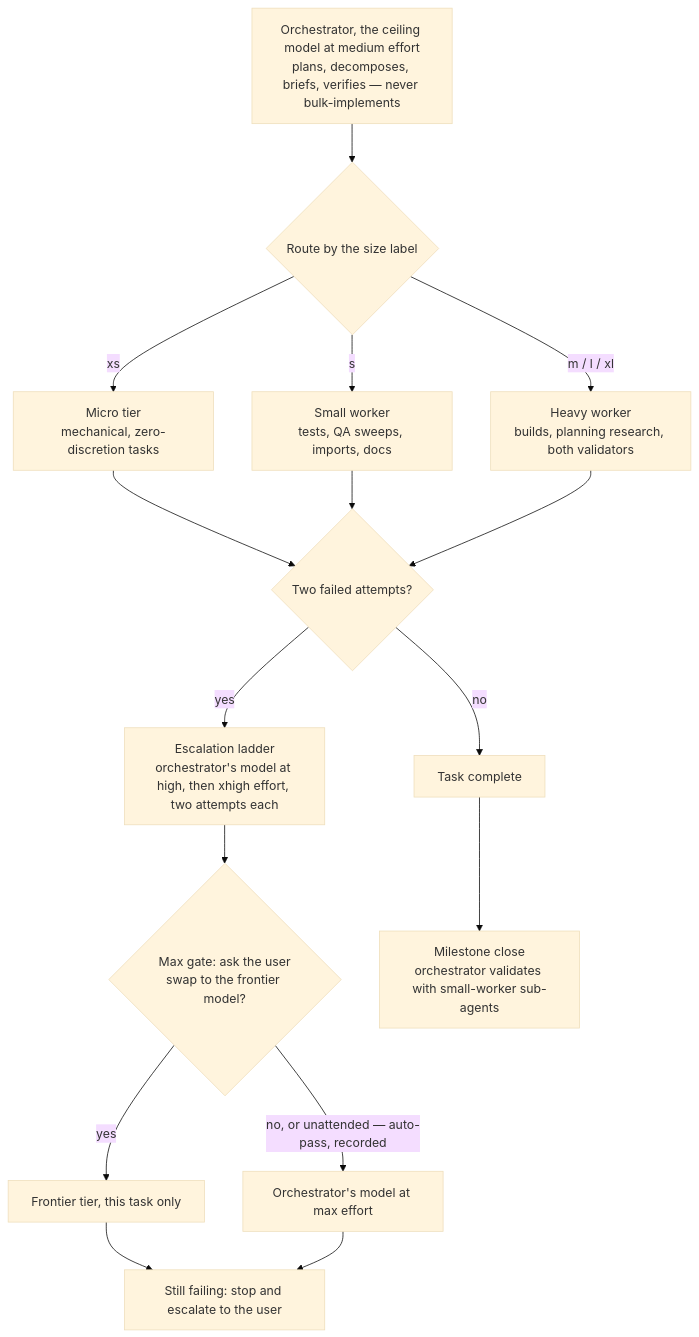
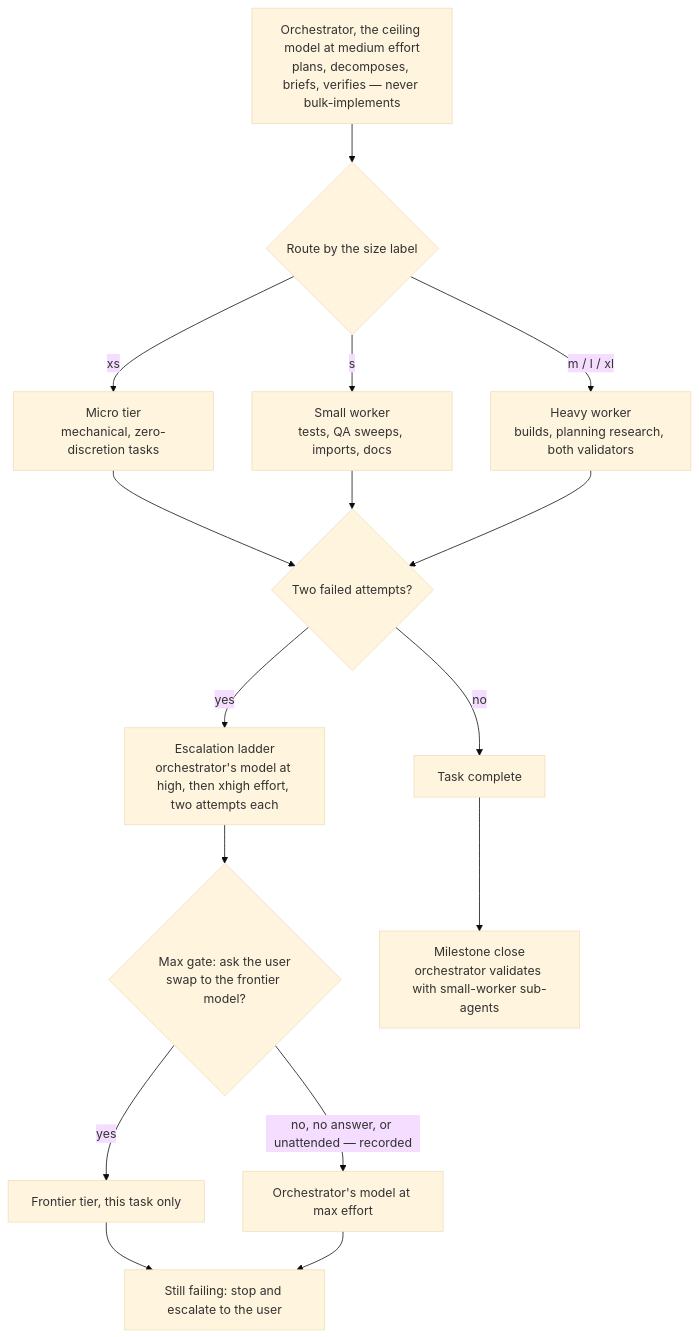
Before and after one commit to Zenosyne-Technologies/agent-operating-kit: the second of 3 diagrams in README.md, drawn with Mermaid (base theme). The commit also changed 8 other files, not shown here.

````diff
--- a/README.md
+++ b/README.md
@@ -138,18 +138,18 @@
 ```mermaid
 flowchart TD
     O["Orchestrator, the ceiling model at medium effort<br/>plans, decomposes, briefs, verifies — never bulk-implements"] --> R{"Route by the size label"}
     R -->|xs| MI["Micro tier<br/>mechanical, zero-discretion tasks"]
     R -->|s| SM["Small worker<br/>tests, QA sweeps, imports, docs"]
     R -->|m / l / xl| HV["Heavy worker<br/>builds, planning research, both validators"]
     MI --> X{"Two failed attempts?"}
     SM --> X
     HV --> X
     X -->|yes| EH["Escalation ladder<br/>orchestrator's model at high, then xhigh effort, two attempts each"]
     X -->|no| DN["Task complete"]
     EH --> MG{"Max gate: ask the user<br/>swap to the frontier model?"}
     MG -->|yes| EF["Frontier tier, this task only"]
-    MG -->|no, or unattended — auto-pass, recorded| EM["Orchestrator's model at max effort"]
+    MG -->|no, no answer, or unattended — recorded| EM["Orchestrator's model at max effort"]
     EF --> ST["Still failing: stop and escalate to the user"]
     EM --> ST
     DN --> MS["Milestone close<br/>orchestrator validates with small-worker sub-agents"]
 ```
````
